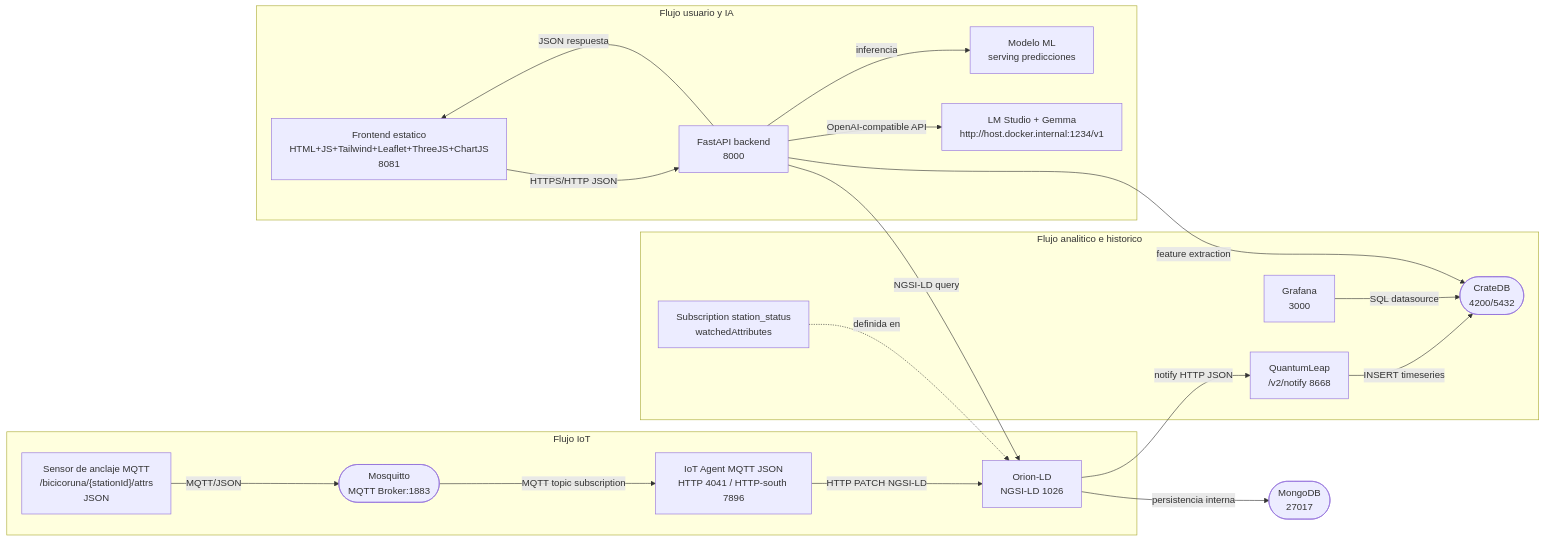
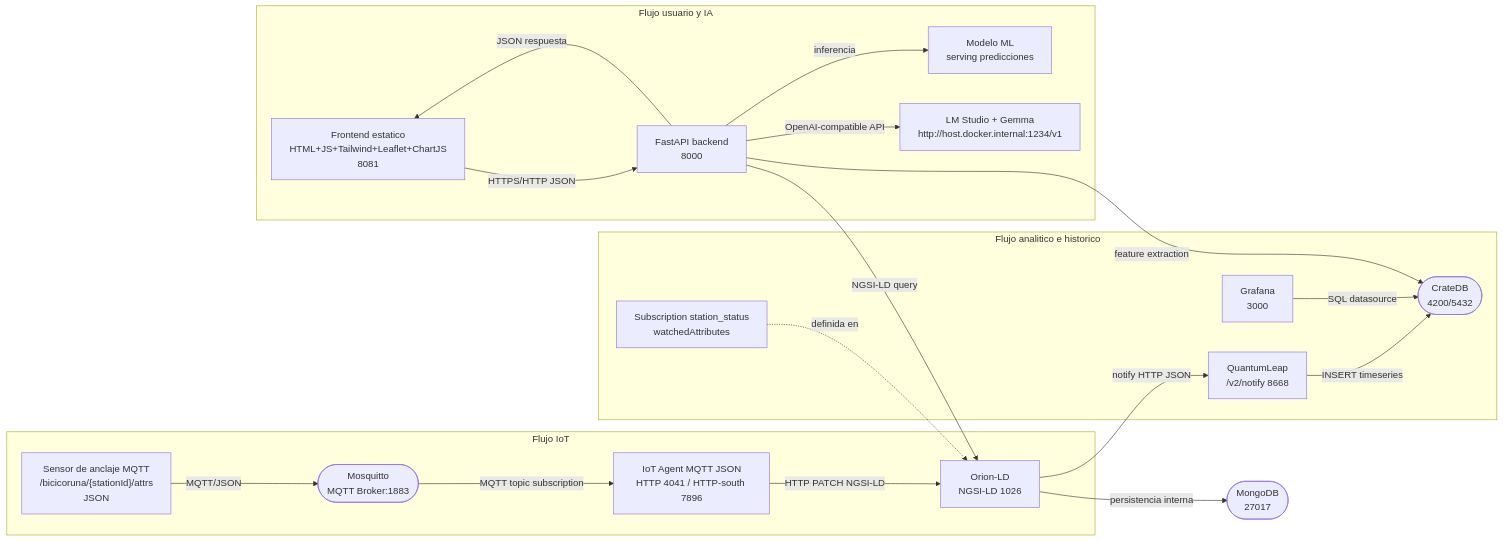
Before and after one commit to alvaroprzr/FIWARE-Smart-Data-Models: the diagram in architecture.md, drawn with Mermaid. The commit also changed other lines of this file and 2 other files, not shown here.

Commit message:
Clean up documentation: remove Three.js references from APPLICATION, architecture, and README

````diff
--- a/architecture.md
+++ b/architecture.md
@@ -201,39 +192,39 @@
 ```mermaid
 flowchart LR
   subgraph IoT[Flujo IoT]
     S1["Sensor de anclaje MQTT\n/bicicoruna/{stationId}/attrs\nJSON"]
     MQ(["Mosquitto\nMQTT Broker:1883"])
     IA["IoT Agent MQTT JSON\nHTTP 4041 / HTTP-south 7896"]
     ORI["Orion-LD\nNGSI-LD 1026"]
     S1 -- MQTT/JSON --> MQ
     MQ -- MQTT topic subscription --> IA
     IA -- HTTP PATCH NGSI-LD --> ORI
   end
 
   subgraph Analytics[Flujo analitico e historico]
     SUB["Subscription station_status\nwatchedAttributes"]
     QL["QuantumLeap\n/v2/notify 8668"]
     CR(["CrateDB\n4200/5432"])
     GRA["Grafana\n3000"]
     ORI -- notify HTTP JSON --> QL
     QL -- INSERT timeseries --> CR
     GRA -- SQL datasource --> CR
     SUB -. definida en .-> ORI
   end
 
   subgraph UserFlow[Flujo usuario y IA]
-    FE["Frontend estatico\nHTML+JS+Tailwind+Leaflet+ThreeJS+ChartJS\n8081"]
+    FE["Frontend estatico\nHTML+JS+Tailwind+Leaflet+ChartJS\n8081"]
     API["FastAPI backend\n8000"]
     ML["Modelo ML\nserving predicciones"]
     LLM["LM Studio + Gemma\nhttp://host.docker.internal:1234/v1"]
     FE -- HTTPS/HTTP JSON --> API
     API -- NGSI-LD query --> ORI
     API -- feature extraction --> CR
     API -- inferencia --> ML
     API -- OpenAI-compatible API --> LLM
     API -- JSON respuesta --> FE
   end
 
   MDB(["MongoDB\n27017"])
   ORI -- persistencia interna --> MDB
 ```
````
